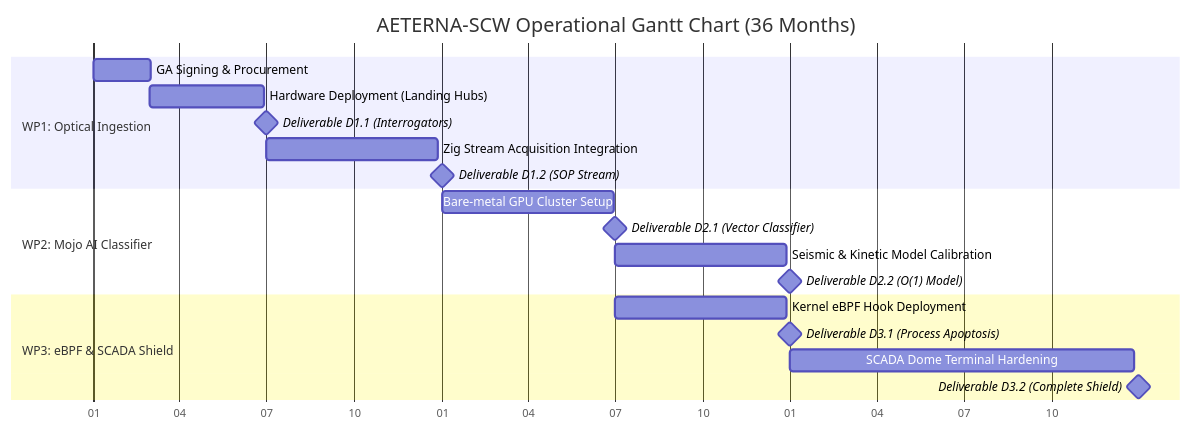
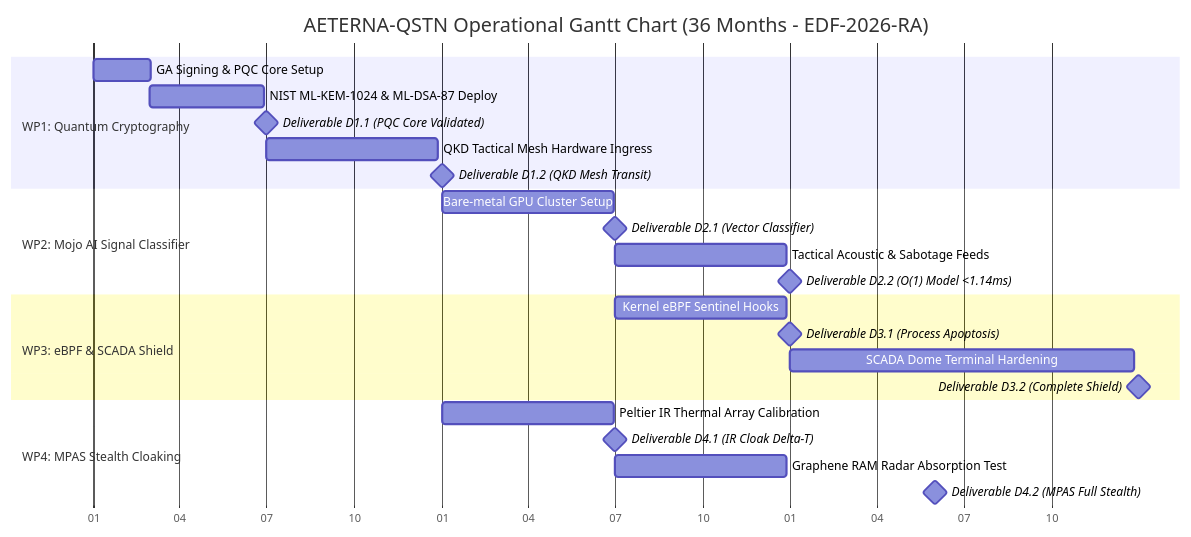
Before and after one commit to papica777-eng/AETERNA-QSTN: the diagram in docs/AETERNA_QSTN_PROJECT_EXECUTION_PLAYBOOK.md, drawn with Mermaid. The commit also changed other lines of this file and 18 other files, not shown here.

Commit message:
docs: purge all SCW references, strictly enforce 100% AETERNA-QSTN EDF-2026-RA specification

````diff
--- a/docs/AETERNA_QSTN_PROJECT_EXECUTION_PLAYBOOK.md
+++ b/docs/AETERNA_QSTN_PROJECT_EXECUTION_PLAYBOOK.md
@@ -32,25 +33,31 @@
 ```mermaid
 gantt
-    title AETERNA-SCW Operational Gantt Chart (36 Months)
+    title AETERNA-QSTN Operational Gantt Chart (36 Months - EDF-2026-RA)
     dateFormat  YYYY-MM-DD
     axisFormat  %m
     
-    section WP1: Optical Ingestion
-    GA Signing & Procurement           :2026-01-01, 60d
-    Hardware Deployment (Landing Hubs) :2026-03-01, 120d
-    Deliverable D1.1 (Interrogators)   :milestone, 2026-07-01, 0d
-    Zig Stream Acquisition Integration :2026-07-01, 180d
-    Deliverable D1.2 (SOP Stream)      :milestone, 2027-01-01, 0d
+    section WP1: Quantum Cryptography
+    GA Signing & PQC Core Setup          :2026-01-01, 60d
+    NIST ML-KEM-1024 & ML-DSA-87 Deploy  :2026-03-01, 120d
+    Deliverable D1.1 (PQC Core Validated):milestone, 2026-07-01, 0d
+    QKD Tactical Mesh Hardware Ingress   :2026-07-01, 180d
+    Deliverable D1.2 (QKD Mesh Transit)  :milestone, 2027-01-01, 0d
 
-    section WP2: Mojo AI Classifier
-    Bare-metal GPU Cluster Setup       :2027-01-01, 180d
-    Deliverable D2.1 (Vector Classifier):milestone, 2027-07-01, 0d
-    Seismic & Kinetic Model Calibration:2027-07-01, 180d
-    Deliverable D2.2 (O(1) Model)      :milestone, 2028-01-01, 0d
+    section WP2: Mojo AI Signal Classifier
+    Bare-metal GPU Cluster Setup         :2027-01-01, 180d
+    Deliverable D2.1 (Vector Classifier) :milestone, 2027-07-01, 0d
+    Tactical Acoustic & Sabotage Feeds   :2027-07-01, 180d
+    Deliverable D2.2 (O(1) Model <1.14ms):milestone, 2028-01-01, 0d
 
     section WP3: eBPF & SCADA Shield
-    Kernel eBPF Hook Deployment        :2027-07-01, 180d
-    Deliverable D3.1 (Process Apoptosis):milestone, 2028-01-01, 0d
-    SCADA Dome Terminal Hardening      :2028-01-01, 360d
-    Deliverable D3.2 (Complete Shield) :milestone, 2028-12-31, 0d
+    Kernel eBPF Sentinel Hooks           :2027-07-01, 180d
+    Deliverable D3.1 (Process Apoptosis) :milestone, 2028-01-01, 0d
+    SCADA Dome Terminal Hardening        :2028-01-01, 360d
+    Deliverable D3.2 (Complete Shield)   :milestone, 2028-12-31, 0d
+
+    section WP4: MPAS Stealth Cloaking
+    Peltier IR Thermal Array Calibration :2027-01-01, 180d
+    Deliverable D4.1 (IR Cloak Delta-T)  :milestone, 2027-07-01, 0d
+    Graphene RAM Radar Absorption Test   :2027-07-01, 180d
+    Deliverable D4.2 (MPAS Full Stealth) :milestone, 2028-06-01, 0d
 ```
````
